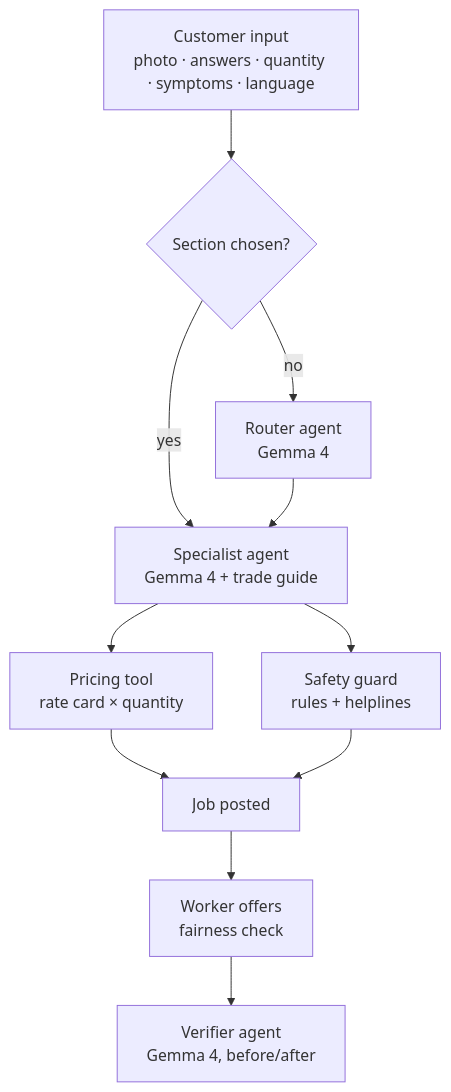
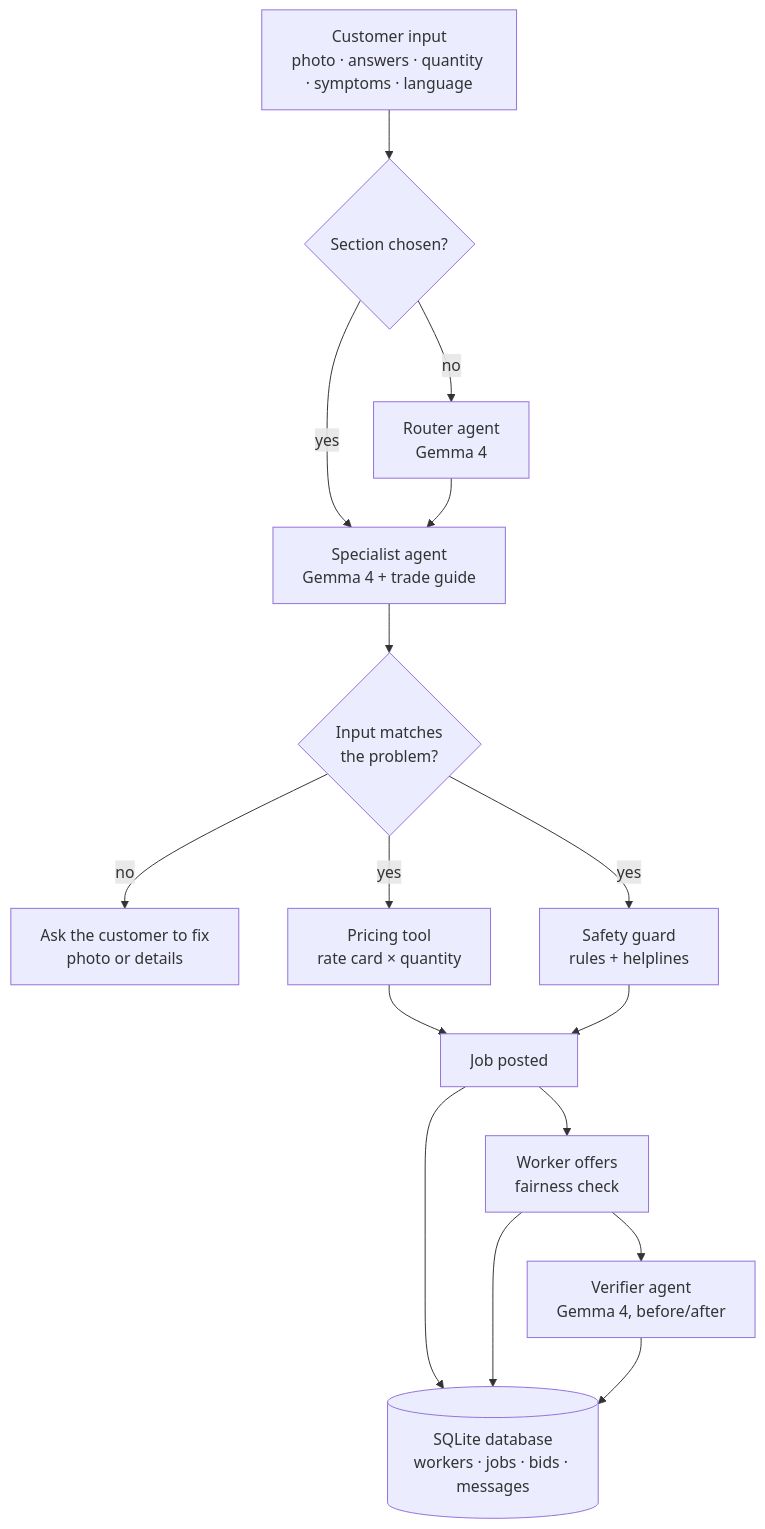
Before and after one commit to mkhalil9871-cmyk/rozgar: the diagram in README.md, drawn with Mermaid. The commit also changed other lines of this file and 9 other files, not shown here.

Commit message:
SQLite database for workers, jobs, offers and chat; reject photos or details that don't match the chosen problem; quantity limits

````diff
--- a/README.md
+++ b/README.md
@@ -97,13 +98,16 @@
 ```mermaid
 flowchart TD
     A[Customer input<br/>photo · answers · quantity · symptoms · language] --> B{Section chosen?}
     B -- no --> R[Router agent<br/>Gemma 4]
     B -- yes --> S
     R --> S[Specialist agent<br/>Gemma 4 + trade guide]
-    S --> P[Pricing tool<br/>rate card × quantity]
-    S --> G[Safety guard<br/>rules + helplines]
+    S --> C{Input matches<br/>the problem?}
+    C -- no --> X[Ask the customer to fix<br/>photo or details]
+    C -- yes --> P[Pricing tool<br/>rate card × quantity]
+    C -- yes --> G[Safety guard<br/>rules + helplines]
     P --> J[Job posted]
     G --> J
     J --> O[Worker offers<br/>fairness check]
     O --> V[Verifier agent<br/>Gemma 4, before/after]
+    J & O & V --> D[(SQLite database<br/>workers · jobs · bids · messages)]
 ```
````
